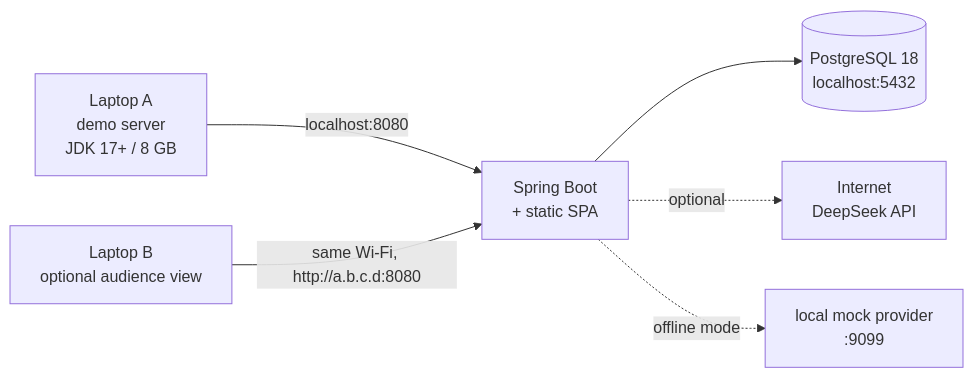
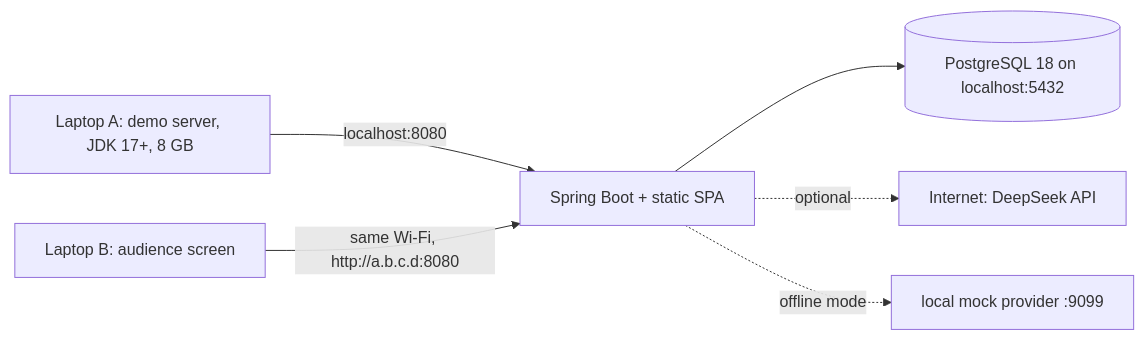
Before and after one commit to PanheadGG/agora-drive: the seventh of 7 diagrams in docs/www2026/WWW2026_Demo_AgentCloudDisk_EN.md, drawn with Mermaid. The commit also changed other lines of this file and 1 other file, not shown here.

Commit message:
docs: 重写 WWW2026 Demo 论文（多 Agent 协同版，中英双语，7 张 Mermaid + 5 张实拍图）

````diff
--- a/docs/www2026/WWW2026_Demo_AgentCloudDisk_EN.md
+++ b/docs/www2026/WWW2026_Demo_AgentCloudDisk_EN.md
@@ -281,8 +272,8 @@
 ```mermaid
 flowchart LR
-    L1["Laptop A<br/>demo server<br/>JDK 17+ / 8 GB"] -->|"localhost:8080"| S["Spring Boot<br/>+ static SPA"]
-    S --> PG[("PostgreSQL 18<br/>localhost:5432")]
-    L2["Laptop B<br/>optional audience view"] -->|"same Wi-Fi, http://a.b.c.d:8080"| S
-    S -.->|"optional"| NET["Internet<br/>DeepSeek API"]
-    S -.->|"offline mode"| MOCK["local mock provider<br/>:9099"]
+    L1["Laptop A: demo server, JDK 17+, 8 GB"] -->|"localhost:8080"| S["Spring Boot + static SPA"]
+    S --> PG[("PostgreSQL 18 on localhost:5432")]
+    L2["Laptop B: audience screen"] -->|"same Wi-Fi, http://a.b.c.d:8080"| S
+    S -.->|"optional"| NET["Internet: DeepSeek API"]
+    S -.->|"offline mode"| MOCK["local mock provider :9099"]
 ```
````
